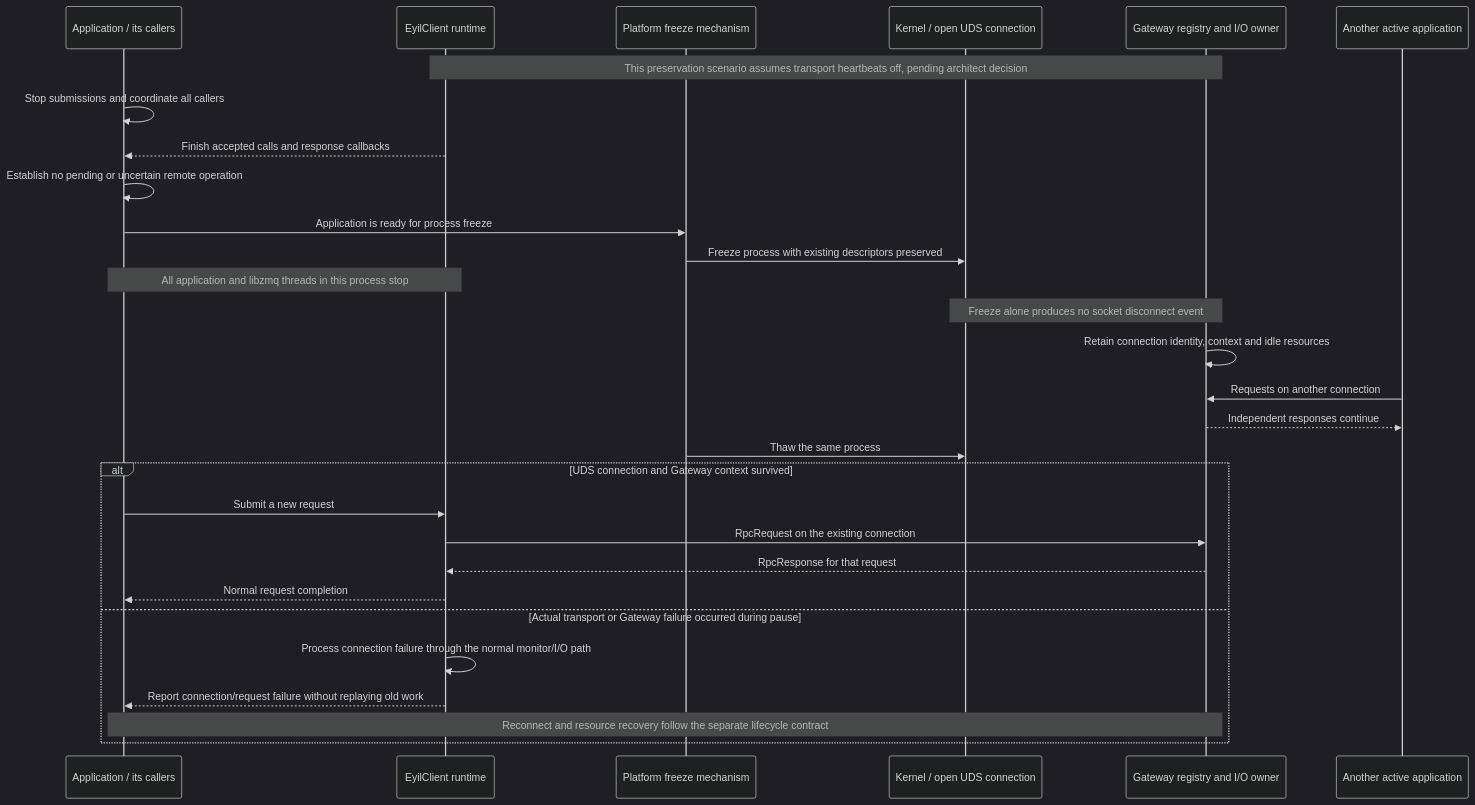
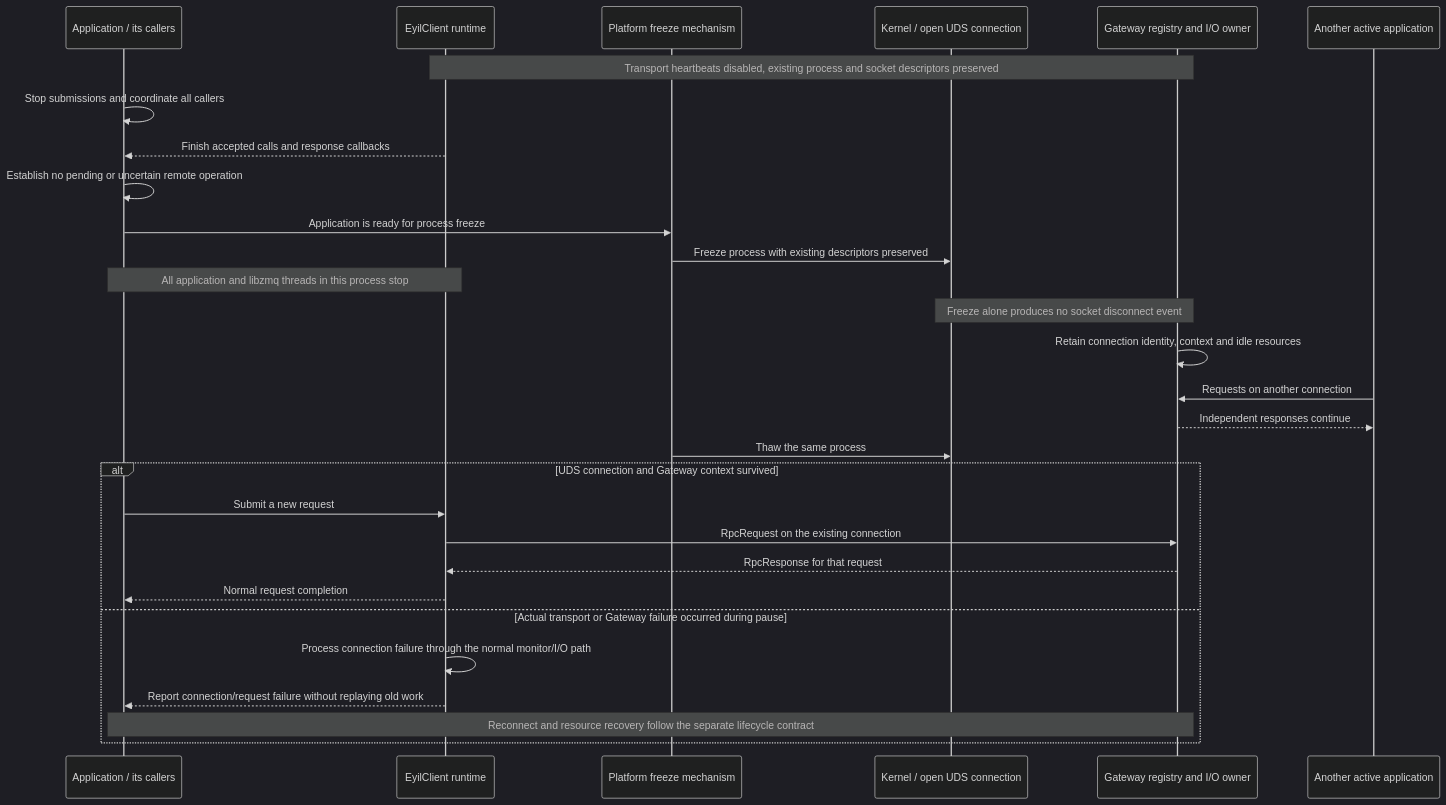
One commit to rdkcentral/eyil-secure-gateway changed diagram 27 of 29 in doc/EyilSecureGateway.md. Above: the diagram before and after it, drawn with Mermaid (dark theme). The commit also changed other lines of this file, not shown here.

````diff
--- a/doc/EyilSecureGateway.md
+++ b/doc/EyilSecureGateway.md
@@ -2576,31 +2648,31 @@
 ```mermaid
 sequenceDiagram
     participant A as Application / its callers
     participant C as EyilClient runtime
     participant P as Platform freeze mechanism
     participant K as Kernel / open UDS connection
     participant G as Gateway registry and I/O owner
     participant O as Another active application
-    Note over C,G: This preservation scenario assumes transport heartbeats off, pending architect decision
+    Note over C,G: Transport heartbeats disabled, existing process and socket descriptors preserved
     A->>A: Stop submissions and coordinate all callers
     C-->>A: Finish accepted calls and response callbacks
     A->>A: Establish no pending or uncertain remote operation
     A->>P: Application is ready for process freeze
     P->>K: Freeze process with existing descriptors preserved
     Note over A,C: All application and libzmq threads in this process stop
     Note over K,G: Freeze alone produces no socket disconnect event
     G->>G: Retain connection identity, context and idle resources
     O->>G: Requests on another connection
     G-->>O: Independent responses continue
     P->>K: Thaw the same process
     alt UDS connection and Gateway context survived
         A->>C: Submit a new request
         C->>G: RpcRequest on the existing connection
         G-->>C: RpcResponse for that request
         C-->>A: Normal request completion
     else Actual transport or Gateway failure occurred during pause
         C->>C: Process connection failure through the normal monitor/I/O path
         C-->>A: Report connection/request failure without replaying old work
         Note over A,G: Reconnect and resource recovery follow the separate lifecycle contract
     end
 ```
````
